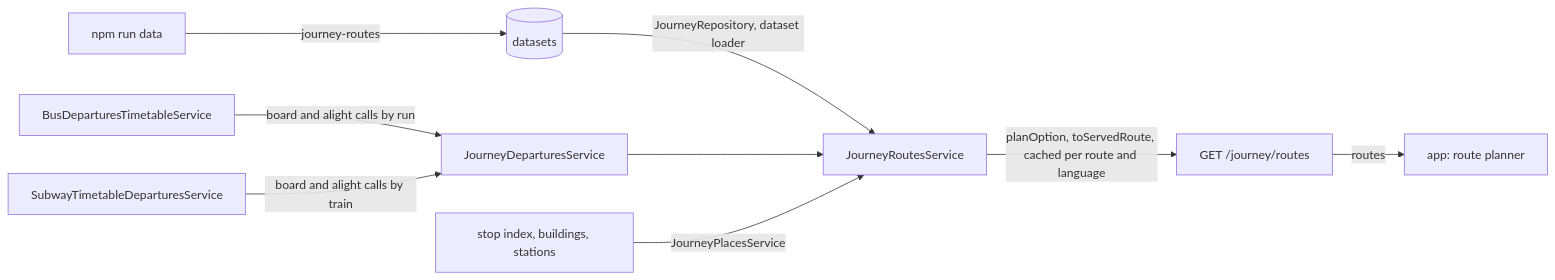
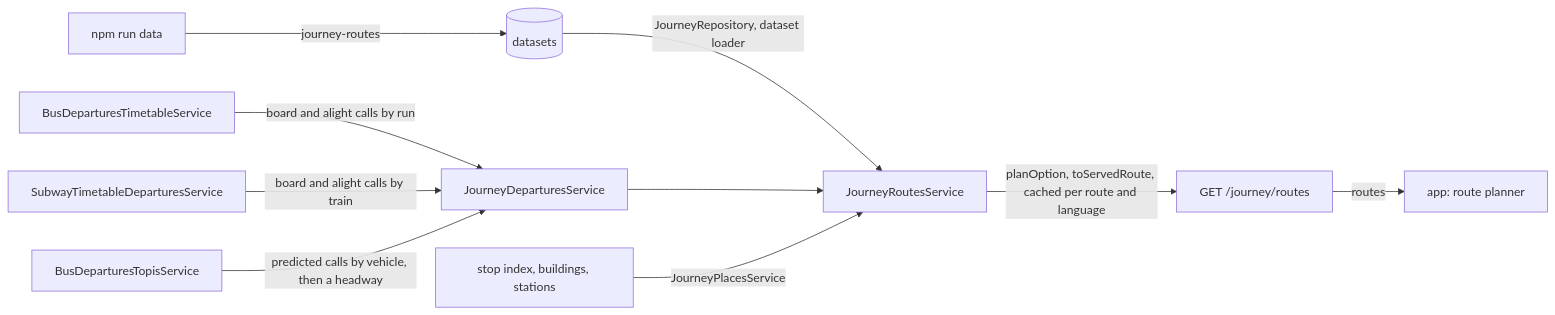
One commit to skkuverse/skkuverse-server changed the diagram in docs/explanation/journey-architecture.md. Above: the diagram before and after it, drawn with Mermaid. The commit also changed other lines of this file and 24 other files, not shown here.

````diff
--- a/docs/explanation/journey-architecture.md
+++ b/docs/explanation/journey-architecture.md
@@ -47,11 +48,12 @@
 ```mermaid
 flowchart LR
   person["npm run data"] -->|journey-routes| ds[("datasets")]
   ds -->|JourneyRepository, dataset loader| svc["JourneyRoutesService"]
   door["BusDeparturesTimetableService"] -->|board and alight calls by run| reg["JourneyDeparturesService"]
   subway["SubwayTimetableDeparturesService"] -->|board and alight calls by train| reg
+  topis["BusDeparturesTopisService"] -->|predicted calls by vehicle, then a headway| reg
   reg --> svc
   cat["stop index, buildings, stations"] -->|JourneyPlacesService| svc
   svc -->|planOption, toServedRoute, cached per route and language| route["GET /journey/routes"]
   route -->|routes| screen["app: route planner"]
 ```
````
